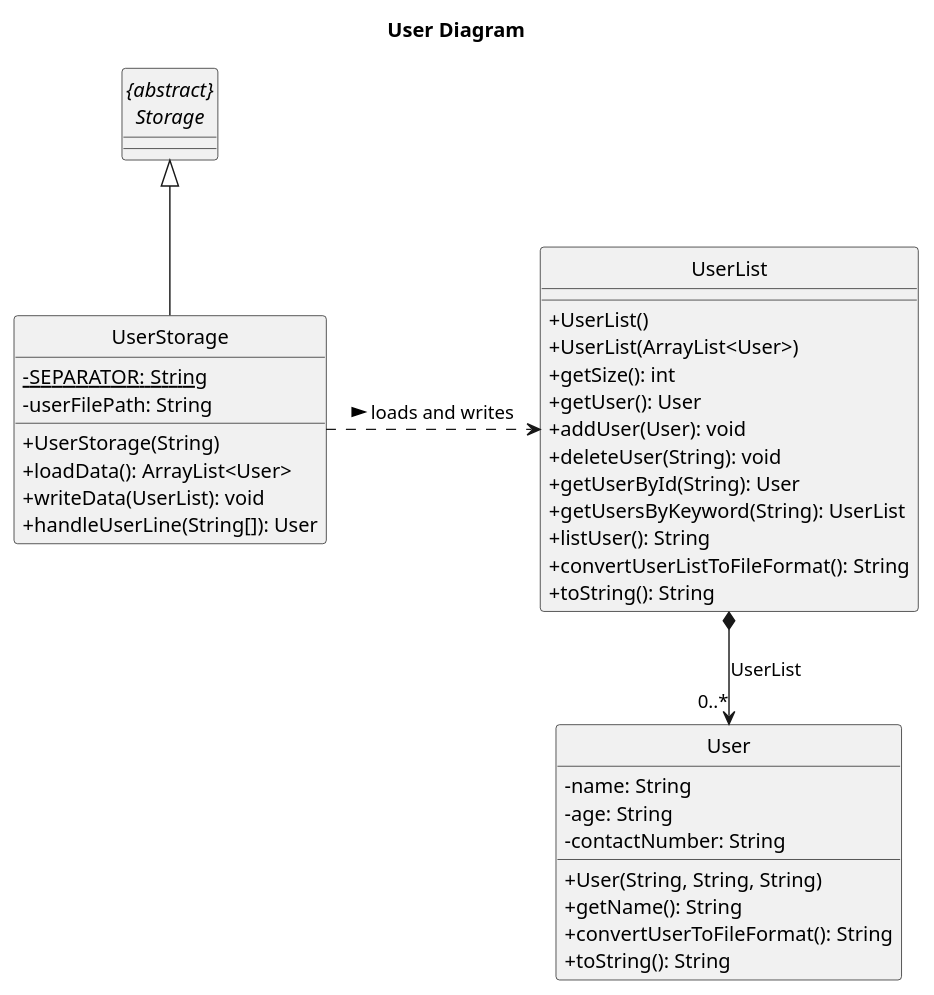
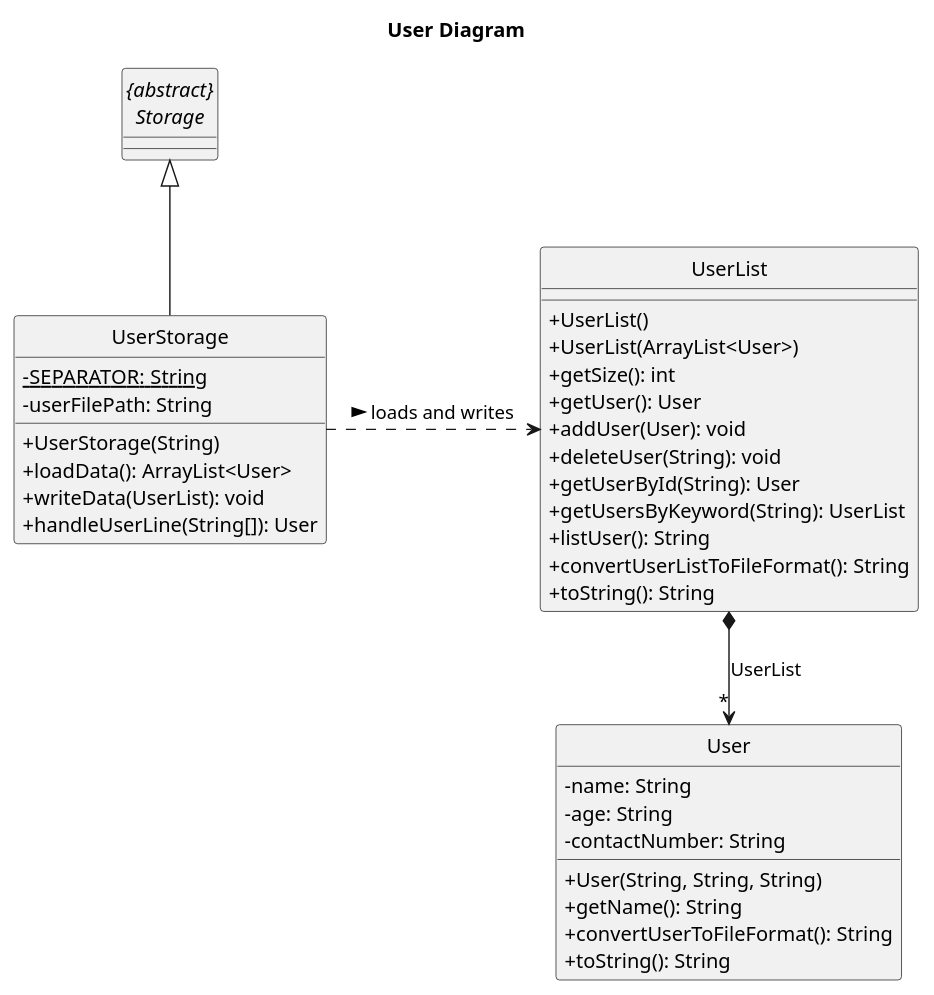
Before and after one commit to nus-cs2113-AY2223S1/tp: the diagram in docs/diagrams/user/UserClass.puml, drawn with PlantUML. The commit also changed 16 other files, not shown here.

Commit message:
Simplify Sequence diagram and fix class diagram

```diff
--- a/docs/diagrams/user/UserClass.puml
+++ b/docs/diagrams/user/UserClass.puml
@@ -1,49 +1,49 @@
 @startuml
 title User Diagram
 
 skinparam classAttributeIconSize 0
 hide footbox
 hide circle
 
 class User {
     - name: String
     - age: String
     - contactNumber: String
 
     + User(String, String, String)
     + getName(): String
     + convertUserToFileFormat(): String
     + toString(): String
 }
 
 class UserList {
     + UserList()
     + UserList(ArrayList<User>)
     + getSize(): int
     + getUser(): User
     + addUser(User): void
     + deleteUser(String): void
     + getUserById(String): User
     + getUsersByKeyword(String): UserList
     + listUser(): String
     + convertUserListToFileFormat(): String
     + toString(): String
 }
 
 class UserStorage {
     {static} - SEPARATOR: String
     - userFilePath: String
     + UserStorage(String)
     + loadData(): ArrayList<User>
     + writeData(UserList): void
     + handleUserLine(String[]): User
 }
 
 abstract class "{abstract}\nStorage" {
 }
 
 UserStorage .> UserList : > loads and writes
-UserList *--> "0..*" User: UserList
+UserList *--> "*" User: UserList
 "{abstract}\nStorage" <|-- UserStorage
 
 @enduml
```
